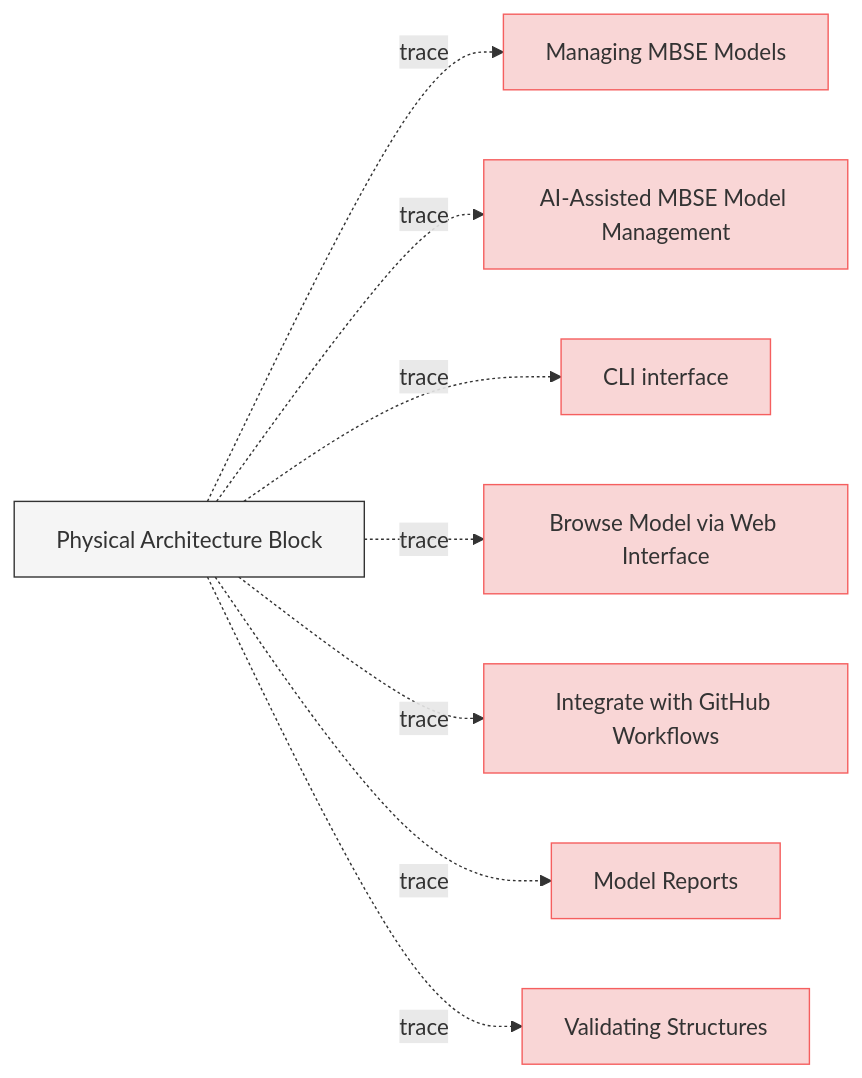
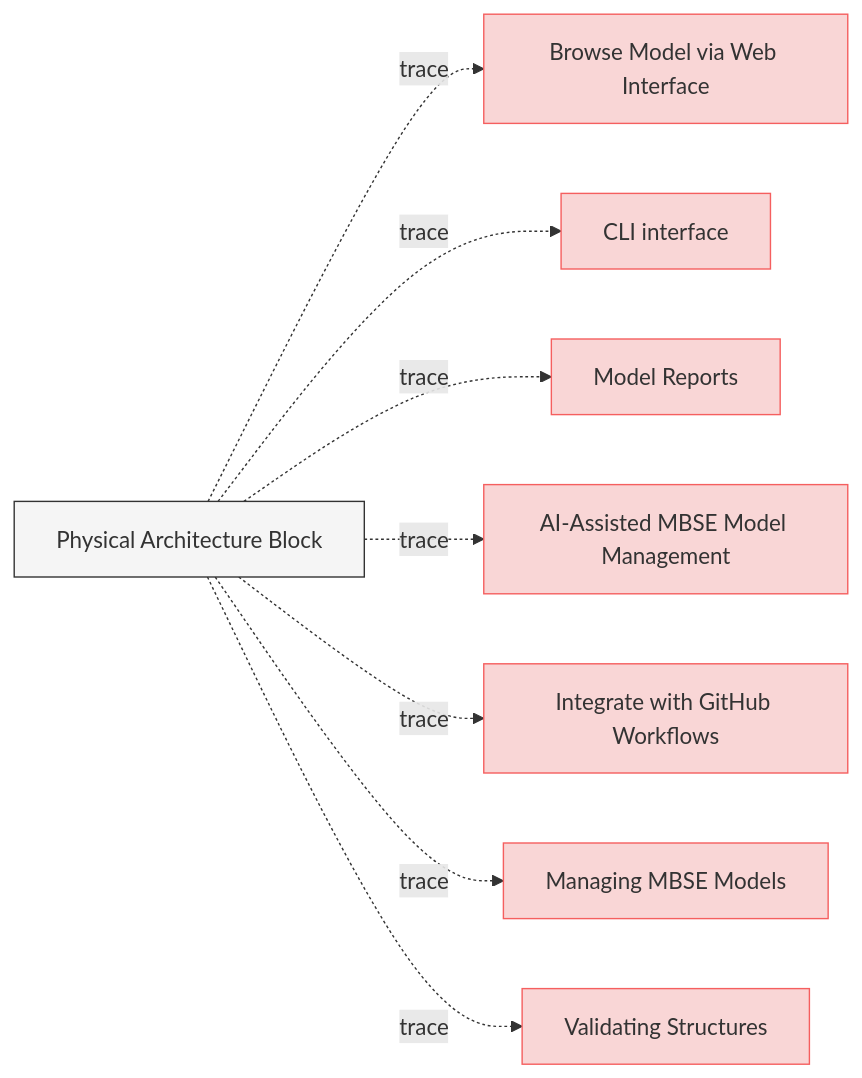
One commit to reqvire-org/reqvire changed the third of 5 diagrams in specifications/Architecture.md. Above: the diagram before and after it, drawn with Mermaid. The commit also changed other lines of this file and 45 other files, not shown here.

````diff
--- a/specifications/Architecture.md
+++ b/specifications/Architecture.md
@@ -153,41 +153,41 @@
 ```mermaid
 graph LR;
   %% REQVIRE-AUTOGENERATED-DIAGRAM
   %% Graph styling
   classDef userRequirement fill:#f9d6d6,stroke:#f55f5f,stroke-width:1px;
   classDef systemRequirement fill:#fce4e4,stroke:#e68a8a,stroke-width:1px;
   classDef verification fill:#d6f9d6,stroke:#5fd75f,stroke-width:1px;
   classDef default fill:#f5f5f5,stroke:#333333,stroke-width:1px;
 
   4f5b8eb9100ba32a["Physical Architecture Block"];
   class 4f5b8eb9100ba32a default;
   click 4f5b8eb9100ba32a "Architecture.md#physical-architecture-block";
+  a44b59684c593d1e["Browse Model via Web Interface"];
+  class a44b59684c593d1e userRequirement;
+  click a44b59684c593d1e "UserRequirements.md#browse-model-via-web-interface";
+  4f5b8eb9100ba32a -.->|trace| a44b59684c593d1e;
+  f28849d46c19af44["CLI interface"];
+  class f28849d46c19af44 userRequirement;
+  click f28849d46c19af44 "UserRequirements.md#cli-interface";
+  4f5b8eb9100ba32a -.->|trace| f28849d46c19af44;
+  70701096d332c0b2["Model Reports"];
+  class 70701096d332c0b2 userRequirement;
+  click 70701096d332c0b2 "UserRequirements.md#model-reports";
+  4f5b8eb9100ba32a -.->|trace| 70701096d332c0b2;
+  cd2d5dab49985ca2["AI-Assisted MBSE Model Management"];
+  class cd2d5dab49985ca2 userRequirement;
+  click cd2d5dab49985ca2 "UserStories.md#ai-assisted-mbse-model-management";
+  4f5b8eb9100ba32a -.->|trace| cd2d5dab49985ca2;
+  98eaeddc27f99e11["Integrate with GitHub Workflows"];
+  class 98eaeddc27f99e11 userRequirement;
+  click 98eaeddc27f99e11 "UserStories.md#integrate-with-github-workflows";
+  4f5b8eb9100ba32a -.->|trace| 98eaeddc27f99e11;
   e61b7c1baa89bfc6["Managing MBSE Models"];
   class e61b7c1baa89bfc6 userRequirement;
   click e61b7c1baa89bfc6 "UserStories.md#managing-mbse-models";
   4f5b8eb9100ba32a -.->|trace| e61b7c1baa89bfc6;
-  cd2d5dab49985ca2["AI-Assisted MBSE Model Management"];
-  class cd2d5dab49985ca2 userRequirement;
-  click cd2d5dab49985ca2 "UserStories.md#ai-assisted-mbse-model-management";
-  4f5b8eb9100ba32a -.->|trace| cd2d5dab49985ca2;
-  f28849d46c19af44["CLI interface"];
-  class f28849d46c19af44 userRequirement;
-  click f28849d46c19af44 "UserRequirements.md#cli-interface";
-  4f5b8eb9100ba32a -.->|trace| f28849d46c19af44;
-  a44b59684c593d1e["Browse Model via Web Interface"];
-  class a44b59684c593d1e userRequirement;
-  click a44b59684c593d1e "UserRequirements.md#browse-model-via-web-interface";
-  4f5b8eb9100ba32a -.->|trace| a44b59684c593d1e;
-  98eaeddc27f99e11["Integrate with GitHub Workflows"];
-  class 98eaeddc27f99e11 userRequirement;
-  click 98eaeddc27f99e11 "UserStories.md#integrate-with-github-workflows";
-  4f5b8eb9100ba32a -.->|trace| 98eaeddc27f99e11;
-  70701096d332c0b2["Model Reports"];
-  class 70701096d332c0b2 userRequirement;
-  click 70701096d332c0b2 "UserRequirements.md#model-reports";
-  4f5b8eb9100ba32a -.->|trace| 70701096d332c0b2;
   113748a94885138d["Validating Structures"];
   class 113748a94885138d userRequirement;
   click 113748a94885138d "UserStories.md#validating-structures";
   4f5b8eb9100ba32a -.->|trace| 113748a94885138d;
 ```
````
